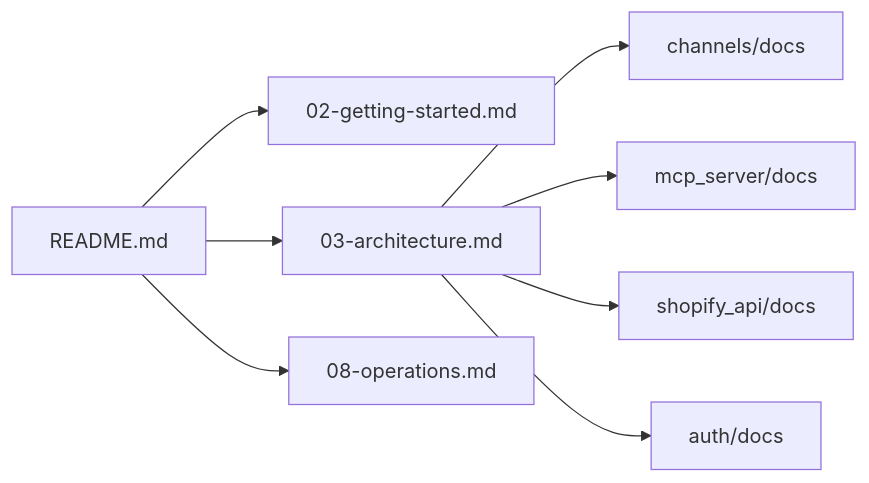
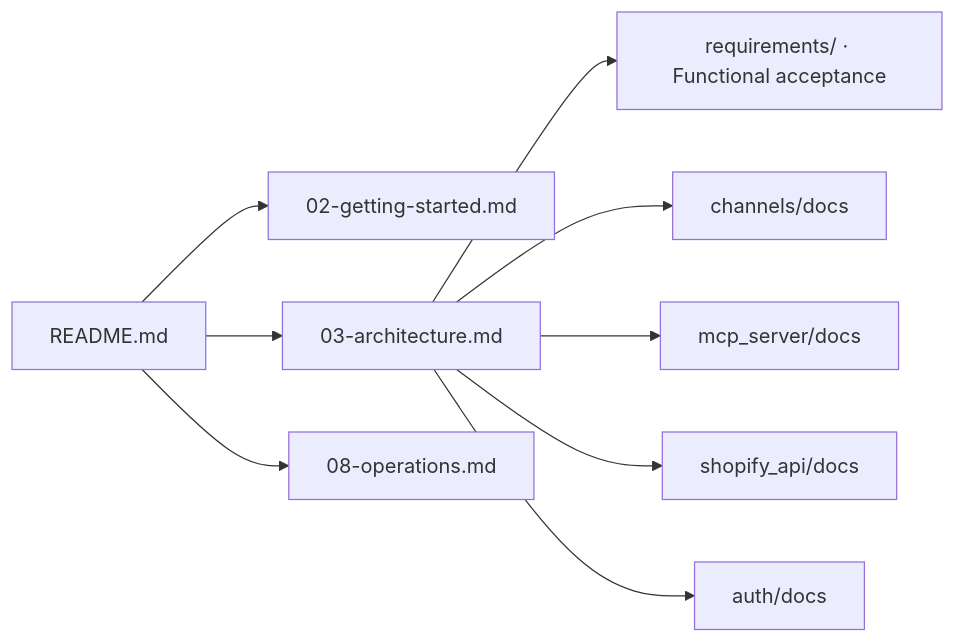
Before and after one commit to AADigitalBusiness/agos-services: the diagram in docs/00-map.md, drawn with Mermaid. The commit also changed other lines of this file, not shown here.

Commit message:
docs(aad): index functional requirements and acceptance matrix

````diff
--- a/docs/00-map.md
+++ b/docs/00-map.md
@@ -5,10 +5,11 @@
 ```mermaid
 flowchart LR
   R["README.md"] --> S["02-getting-started.md"]
   R --> A["03-architecture.md"]
   R --> O["08-operations.md"]
+  A --> Q["requirements/ · Functional acceptance"]
   A --> C["channels/docs"]
   A --> M["mcp_server/docs"]
   A --> P["shopify_api/docs"]
   A --> H["auth/docs"]
 ```
````
